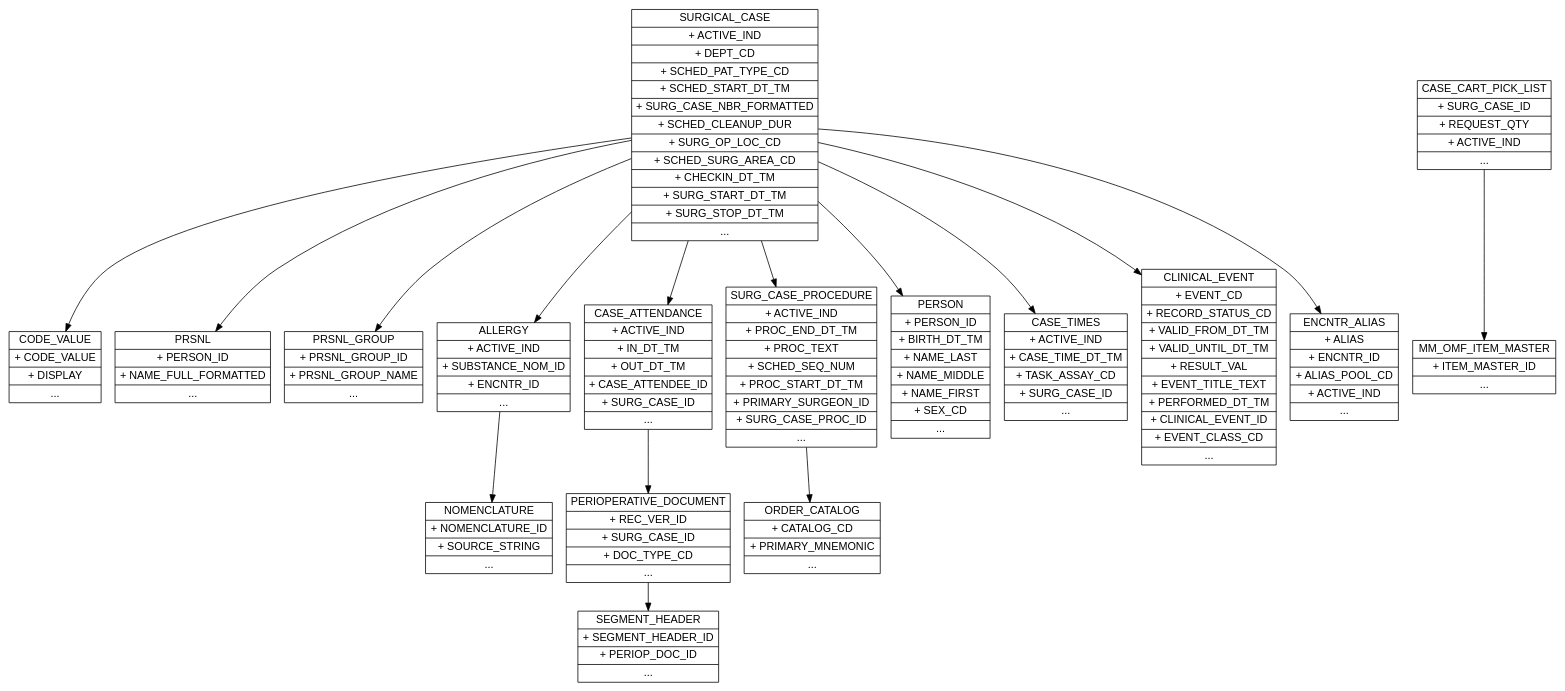
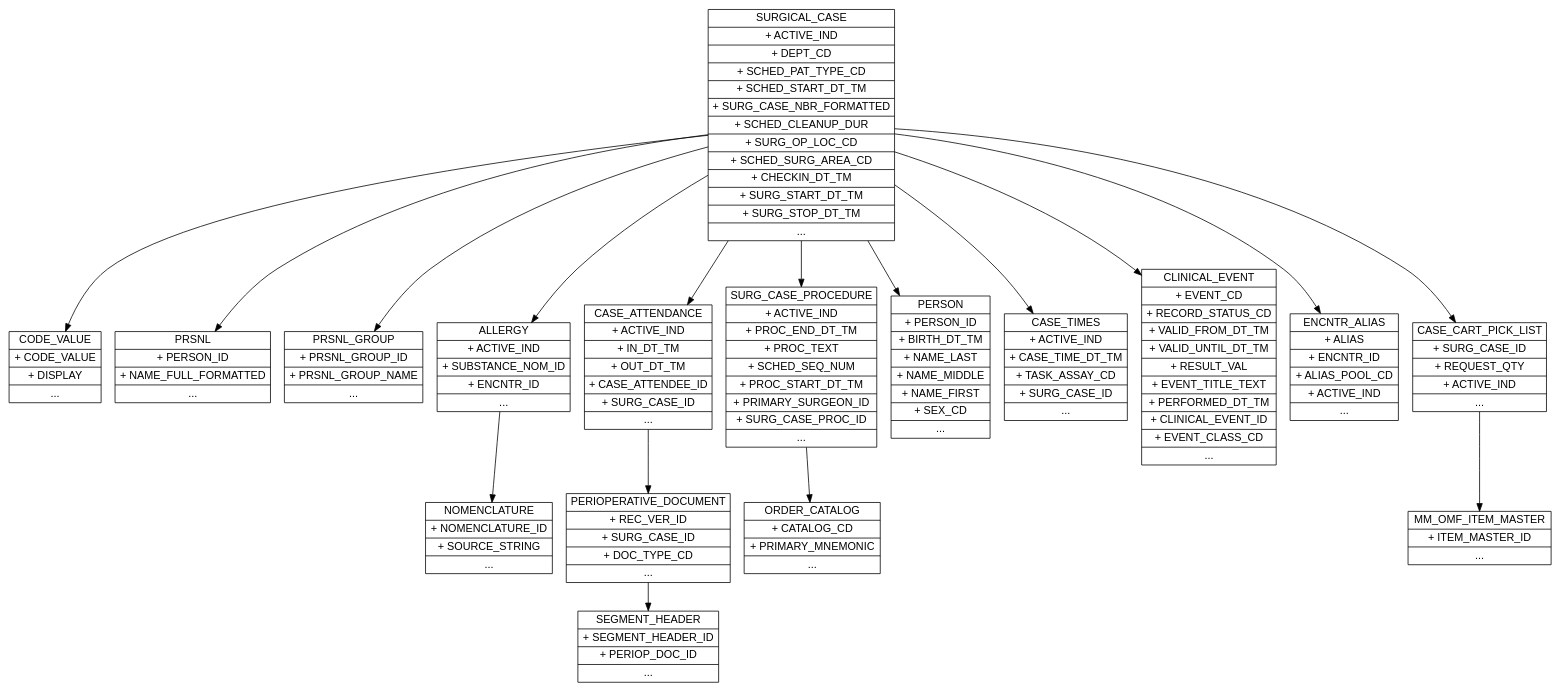
The diagram in dot/Cases-Query.dot (GabeSchaffer/LiveData-queries), drawn with Graphviz before and after one commit.

Commit message:
Add missing link to CASE_CART_PICK_LIST

```diff
--- a/dot/Cases-Query.dot
+++ b/dot/Cases-Query.dot
@@ -1,39 +1,40 @@
 digraph ERD {
     node [shape=record, fontname = "Arial"];
     graph [fontname = "Arial"];
     edge [fontname = "Arial"];
 
     SURGICAL_CASE [label="{SURGICAL_CASE|+ ACTIVE_IND|+ DEPT_CD|+ SCHED_PAT_TYPE_CD|+ SCHED_START_DT_TM|+ SURG_CASE_NBR_FORMATTED|+ SCHED_CLEANUP_DUR|+ SURG_OP_LOC_CD|+ SCHED_SURG_AREA_CD|+ CHECKIN_DT_TM|+ SURG_START_DT_TM|+ SURG_STOP_DT_TM|...}"];
     CODE_VALUE [label="{CODE_VALUE|+ CODE_VALUE|+ DISPLAY|...}"];
     PRSNL [label="{PRSNL|+ PERSON_ID|+ NAME_FULL_FORMATTED|...}"];
     PRSNL_GROUP [label="{PRSNL_GROUP|+ PRSNL_GROUP_ID|+ PRSNL_GROUP_NAME|...}"];
     ALLERGY [label="{ALLERGY|+ ACTIVE_IND|+ SUBSTANCE_NOM_ID|+ ENCNTR_ID|...}"];
     CASE_ATTENDANCE [label="{CASE_ATTENDANCE|+ ACTIVE_IND|+ IN_DT_TM|+ OUT_DT_TM|+ CASE_ATTENDEE_ID|+ SURG_CASE_ID|...}"];
     PERIOPERATIVE_DOCUMENT [label="{PERIOPERATIVE_DOCUMENT|+ REC_VER_ID|+ SURG_CASE_ID|+ DOC_TYPE_CD|...}"];
     SEGMENT_HEADER [label="{SEGMENT_HEADER|+ SEGMENT_HEADER_ID|+ PERIOP_DOC_ID|...}"];
     SURG_CASE_PROCEDURE [label="{SURG_CASE_PROCEDURE|+ ACTIVE_IND|+ PROC_END_DT_TM|+ PROC_TEXT|+ SCHED_SEQ_NUM|+ PROC_START_DT_TM|+ PRIMARY_SURGEON_ID|+ SURG_CASE_PROC_ID|...}"];
     ORDER_CATALOG [label="{ORDER_CATALOG|+ CATALOG_CD|+ PRIMARY_MNEMONIC|...}"];
     PERSON [label="{PERSON|+ PERSON_ID|+ BIRTH_DT_TM|+ NAME_LAST|+ NAME_MIDDLE|+ NAME_FIRST|+ SEX_CD|...}"];
     CASE_TIMES [label="{CASE_TIMES|+ ACTIVE_IND|+ CASE_TIME_DT_TM|+ TASK_ASSAY_CD|+ SURG_CASE_ID|...}"];
     CLINICAL_EVENT [label="{CLINICAL_EVENT|+ EVENT_CD|+ RECORD_STATUS_CD|+ VALID_FROM_DT_TM|+ VALID_UNTIL_DT_TM|+ RESULT_VAL|+ EVENT_TITLE_TEXT|+ PERFORMED_DT_TM|+ CLINICAL_EVENT_ID|+ EVENT_CLASS_CD|...}"];
     ENCNTR_ALIAS [label="{ENCNTR_ALIAS|+ ALIAS|+ ENCNTR_ID|+ ALIAS_POOL_CD|+ ACTIVE_IND|...}"];
     CASE_CART_PICK_LIST [label="{CASE_CART_PICK_LIST|+ SURG_CASE_ID|+ REQUEST_QTY|+ ACTIVE_IND|...}"];
     MM_OMF_ITEM_MASTER [label="{MM_OMF_ITEM_MASTER|+ ITEM_MASTER_ID|...}"];
     NOMENCLATURE [label="{NOMENCLATURE|+ NOMENCLATURE_ID|+ SOURCE_STRING|...}"];
 
     SURGICAL_CASE -> CODE_VALUE;
     SURGICAL_CASE -> PRSNL;
     SURGICAL_CASE -> PRSNL_GROUP;
     SURGICAL_CASE -> ALLERGY;
     SURGICAL_CASE -> CASE_ATTENDANCE;
     CASE_ATTENDANCE -> PERIOPERATIVE_DOCUMENT;
     PERIOPERATIVE_DOCUMENT -> SEGMENT_HEADER;
     SURGICAL_CASE -> SURG_CASE_PROCEDURE;
     SURG_CASE_PROCEDURE -> ORDER_CATALOG;
     SURGICAL_CASE -> PERSON;
     SURGICAL_CASE -> CASE_TIMES;
     SURGICAL_CASE -> CLINICAL_EVENT;
     SURGICAL_CASE -> ENCNTR_ALIAS;
+    SURGICAL_CASE -> CASE_CART_PICK_LIST;
     CASE_CART_PICK_LIST -> MM_OMF_ITEM_MASTER;
     ALLERGY -> NOMENCLATURE;
 }
```
